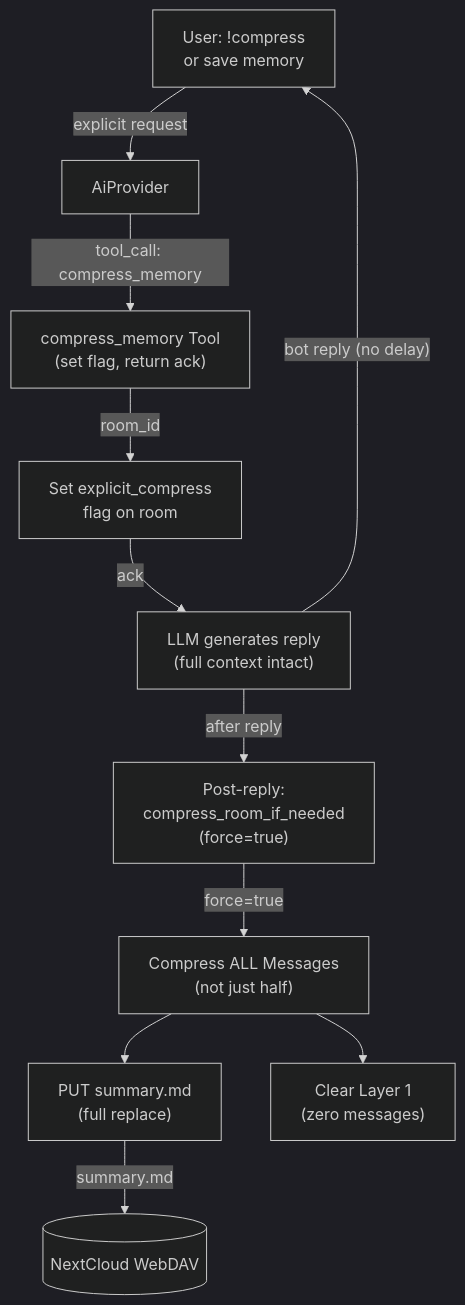
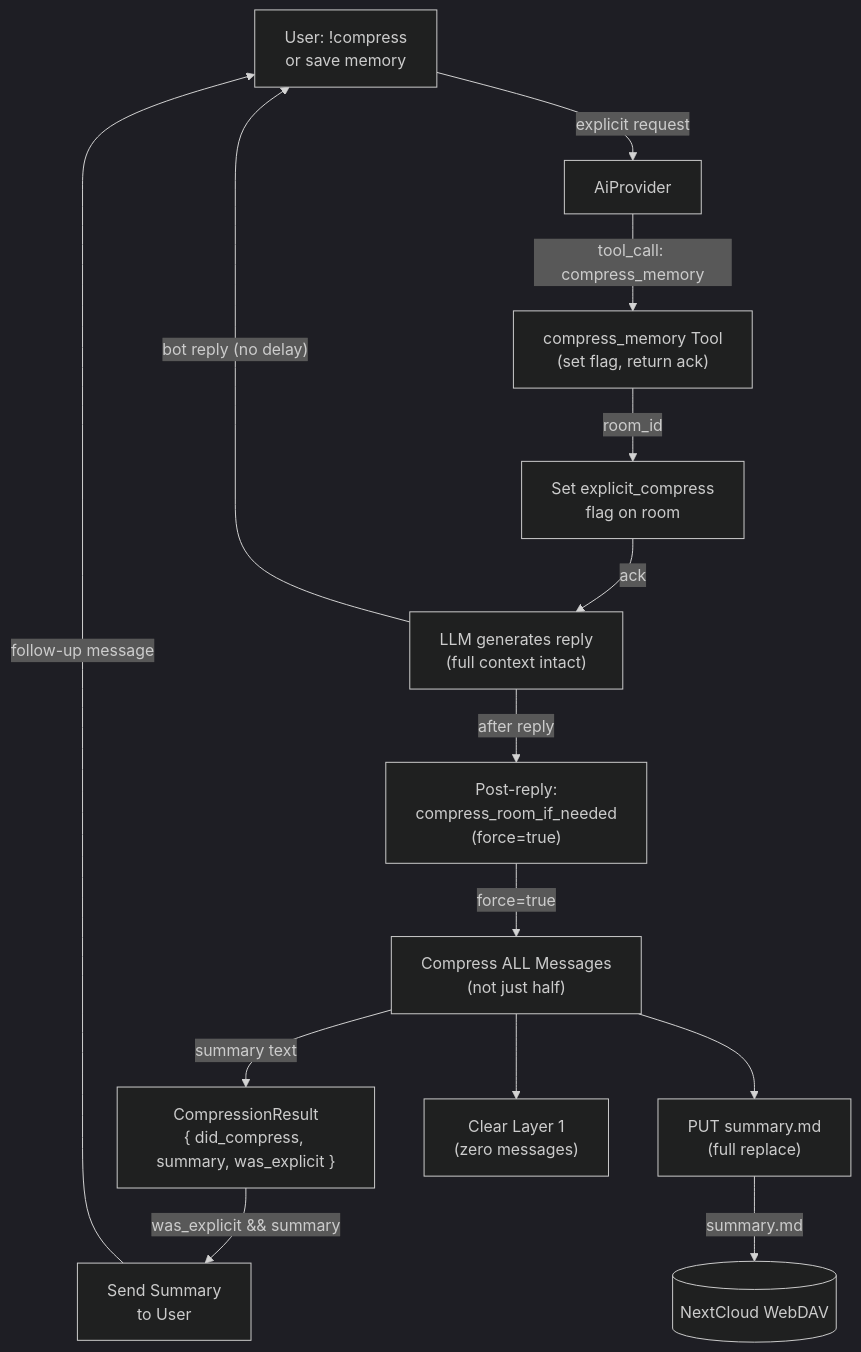
The third of 6 diagrams in _dfd/memory/memory-compression.md (cosmoswafer/rockbot), drawn with Mermaid (dark theme) before and after one commit. The commit also changed other lines of this file and 3 other files, not shown here.

Commit message:
fix: send compression summary as follow-up message after explicit compress_memory (closes #50, closes #53)

````diff
--- a/_dfd/memory/memory-compression.md
+++ b/_dfd/memory/memory-compression.md
@@ -131,24 +133,29 @@
 ```mermaid
 flowchart TD
     USER["User: !compress<br/>or save memory"]
     AI[AiProvider]
     TOOL["compress_memory Tool<br/>(set flag, return ack)"]
     FLAG["Set explicit_compress<br/>flag on room"]
     LLM_REPLY["LLM generates reply<br/>(full context intact)"]
     POST["Post-reply:<br/>compress_room_if_needed<br/>(force=true)"]
     FULL["Compress ALL Messages<br/>(not just half)"]
+    RESULT["CompressionResult<br/>{ did_compress, summary, was_explicit }"]
     WRITE["PUT summary.md<br/>(full replace)"]
     CLEAR["Clear Layer 1<br/>(zero messages)"]
+    SEND["Send Summary<br/>to User"]
     DAV[(NextCloud WebDAV)]
 
     USER -->|"explicit request"| AI
     AI -->|"tool_call: compress_memory"| TOOL
     TOOL -->|"room_id"| FLAG
     FLAG -->|"ack"| LLM_REPLY
     LLM_REPLY -->|"bot reply (no delay)"| USER
     LLM_REPLY -->|"after reply"| POST
     POST -->|"force=true"| FULL
+    FULL -->|"summary text"| RESULT
     FULL --> WRITE
     FULL --> CLEAR
     WRITE -->|"summary.md"| DAV
+    RESULT -->|"was_explicit && summary"| SEND
+    SEND -->|"follow-up message"| USER
 ```
````
